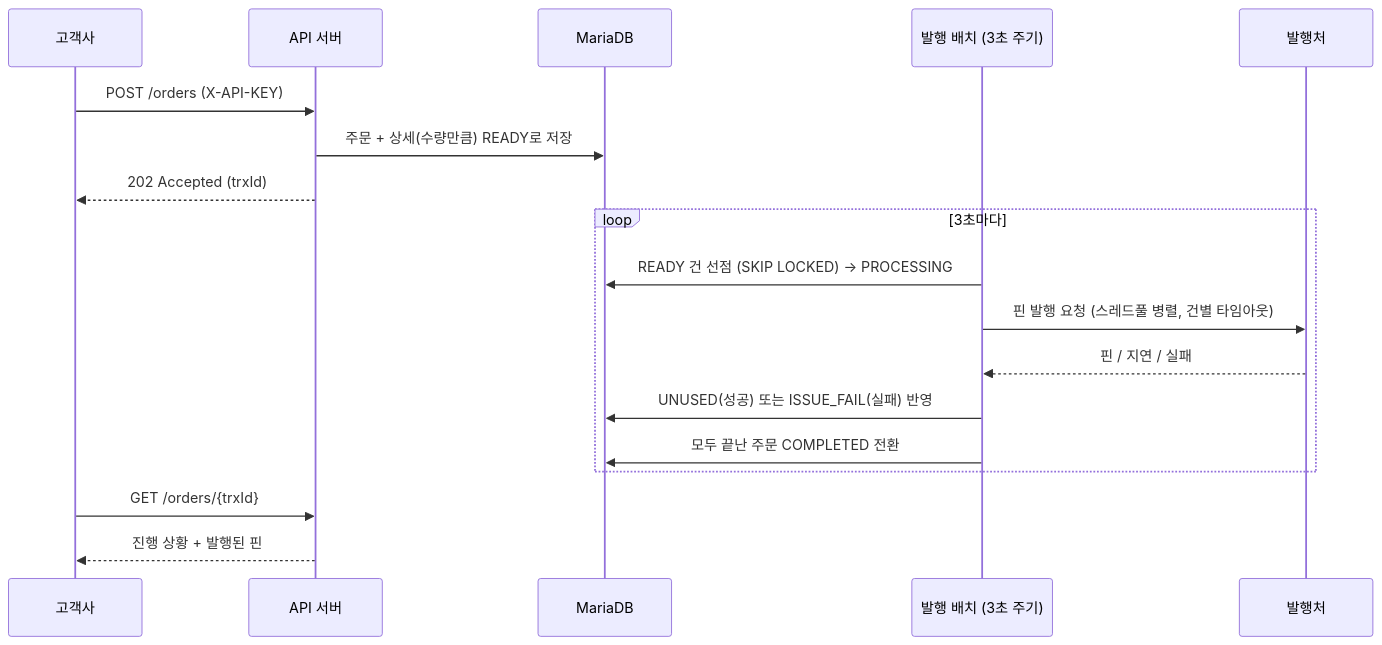
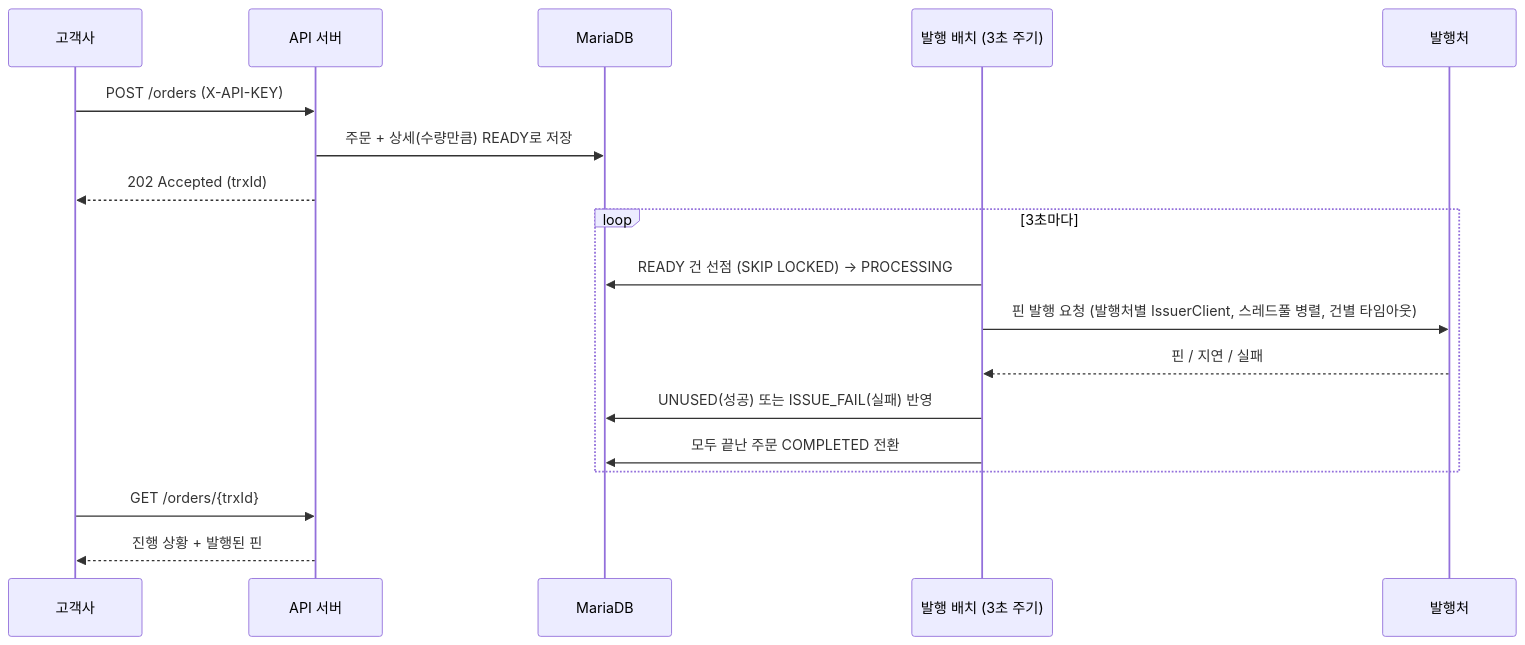
The first of 2 diagrams in README.md (jeonyongwook/coupon-api), drawn with Mermaid before and after one commit. The commit also changed other lines of this file and 19 other files, not shown here.

````diff
--- a/README.md
+++ b/README.md
@@ -32,23 +34,23 @@
 ```mermaid
 sequenceDiagram
     participant C as 고객사
     participant A as API 서버
     participant DB as MariaDB
     participant B as 발행 배치 (3초 주기)
     participant I as 발행처
 
     C->>A: POST /orders (X-API-KEY)
     A->>DB: 주문 + 상세(수량만큼) READY로 저장
     A-->>C: 202 Accepted (trxId)
 
     loop 3초마다
         B->>DB: READY 건 선점 (SKIP LOCKED) → PROCESSING
-        B->>I: 핀 발행 요청 (스레드풀 병렬, 건별 타임아웃)
+        B->>I: 핀 발행 요청 (발행처별 IssuerClient, 스레드풀 병렬, 건별 타임아웃)
         I-->>B: 핀 / 지연 / 실패
         B->>DB: UNUSED(성공) 또는 ISSUE_FAIL(실패) 반영
         B->>DB: 모두 끝난 주문 COMPLETED 전환
     end
 
     C->>A: GET /orders/{trxId}
     A-->>C: 진행 상황 + 발행된 핀
 ```
````
